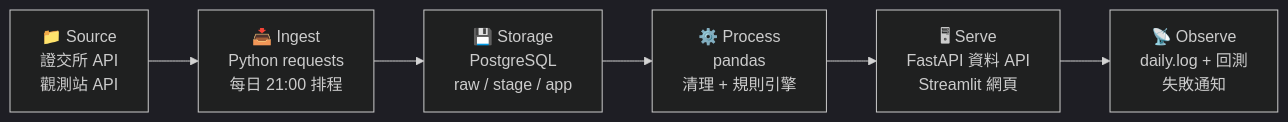
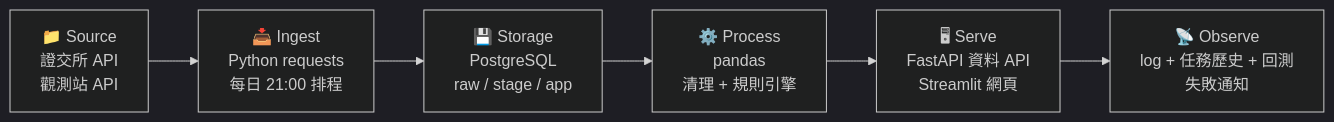
One commit to hannahTai/G2-attention_stock_tracker-tw_stock changed the diagram in README.md. Above: the diagram before and after it, drawn with Mermaid (dark theme). The commit also changed other lines of this file and 18 other files, not shown here.

````diff
--- a/README.md
+++ b/README.md
@@ -27,8 +27,8 @@
 ```mermaid
 flowchart LR
     S["📁 Source<br/>證交所 API<br/>觀測站 API"] --> I["📥 Ingest<br/>Python requests<br/>每日 21:00 排程"]
     I --> ST["💾 Storage<br/>PostgreSQL<br/>raw / stage / app"]
     ST --> P["⚙️ Process<br/>pandas<br/>清理 + 規則引擎"]
     P --> SE["🖥 Serve<br/>FastAPI 資料 API<br/>Streamlit 網頁"]
-    SE --> O["📡 Observe<br/>daily.log + 回測<br/>失敗通知"]
+    SE --> O["📡 Observe<br/>log + 任務歷史 + 回測<br/>失敗通知"]
 ```
````
